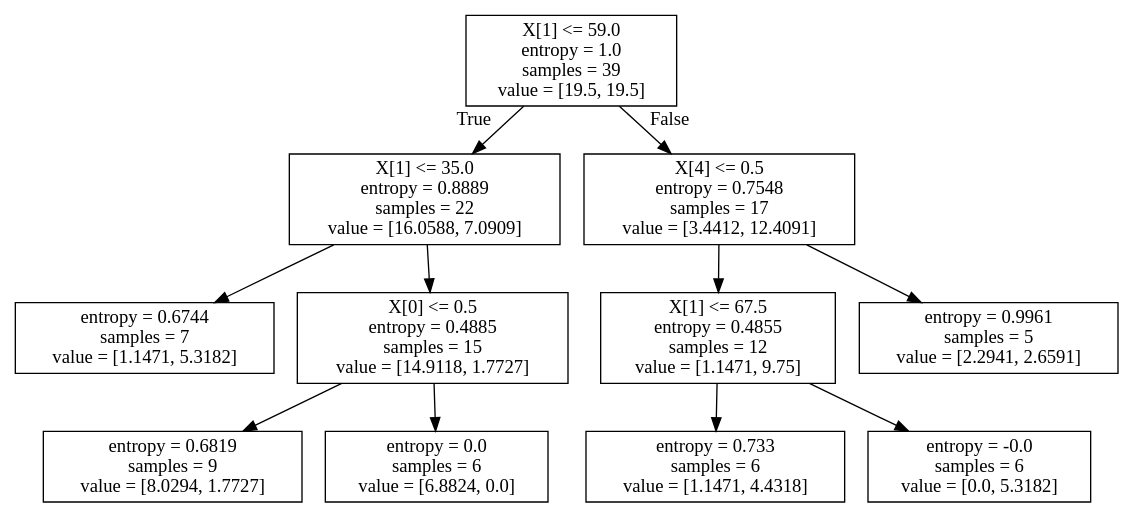
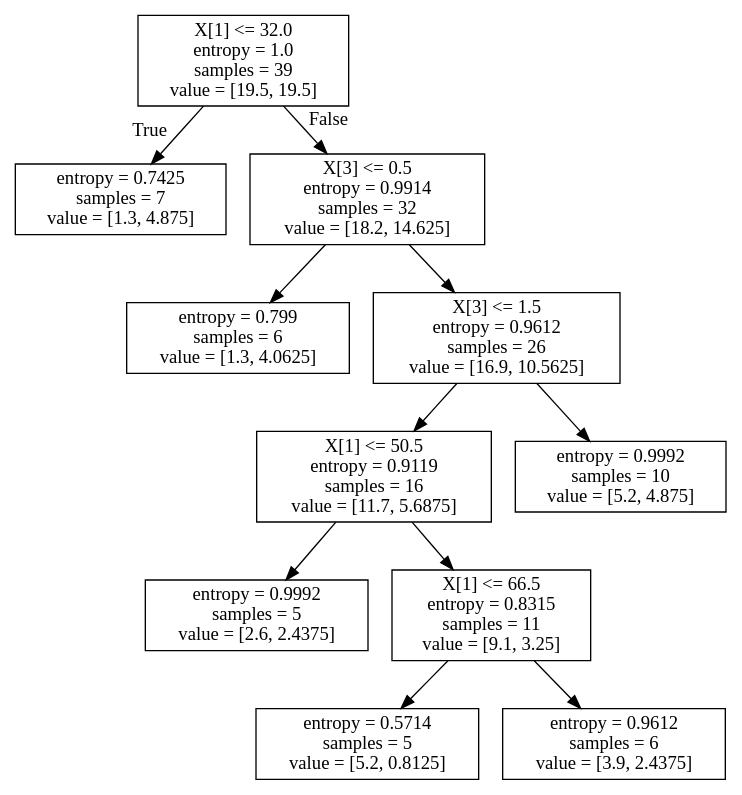
Before and after one commit to DeepinSC/Machine_learning-Countryside: the diagram in iris.dot, drawn with Graphviz. The commit also changed 2 other files, not shown here.

```diff
--- a/iris.dot
+++ b/iris.dot
@@ -1,24 +1,24 @@
 digraph Tree {
 node [shape=box] ;
-0 [label="X[1] <= 59.0\nentropy = 1.0\nsamples = 39\nvalue = [19.5, 19.5]"] ;
-1 [label="X[1] <= 35.0\nentropy = 0.8889\nsamples = 22\nvalue = [16.0588, 7.0909]"] ;
+0 [label="X[1] <= 32.0\nentropy = 1.0\nsamples = 39\nvalue = [19.5, 19.5]"] ;
+1 [label="entropy = 0.7425\nsamples = 7\nvalue = [1.3, 4.875]"] ;
 0 -> 1 [labeldistance=2.5, labelangle=45, headlabel="True"] ;
-2 [label="entropy = 0.6744\nsamples = 7\nvalue = [1.1471, 5.3182]"] ;
-1 -> 2 ;
-3 [label="X[0] <= 0.5\nentropy = 0.4885\nsamples = 15\nvalue = [14.9118, 1.7727]"] ;
-1 -> 3 ;
-4 [label="entropy = 0.6819\nsamples = 9\nvalue = [8.0294, 1.7727]"] ;
-3 -> 4 ;
-5 [label="entropy = 0.0\nsamples = 6\nvalue = [6.8824, 0.0]"] ;
-3 -> 5 ;
-6 [label="X[4] <= 0.5\nentropy = 0.7548\nsamples = 17\nvalue = [3.4412, 12.4091]"] ;
-0 -> 6 [labeldistance=2.5, labelangle=-45, headlabel="False"] ;
-7 [label="X[1] <= 67.5\nentropy = 0.4855\nsamples = 12\nvalue = [1.1471, 9.75]"] ;
-6 -> 7 ;
-8 [label="entropy = 0.733\nsamples = 6\nvalue = [1.1471, 4.4318]"] ;
+2 [label="X[3] <= 0.5\nentropy = 0.9914\nsamples = 32\nvalue = [18.2, 14.625]"] ;
+0 -> 2 [labeldistance=2.5, labelangle=-45, headlabel="False"] ;
+3 [label="entropy = 0.799\nsamples = 6\nvalue = [1.3, 4.0625]"] ;
+2 -> 3 ;
+4 [label="X[3] <= 1.5\nentropy = 0.9612\nsamples = 26\nvalue = [16.9, 10.5625]"] ;
+2 -> 4 ;
+5 [label="X[1] <= 50.5\nentropy = 0.9119\nsamples = 16\nvalue = [11.7, 5.6875]"] ;
+4 -> 5 ;
+6 [label="entropy = 0.9992\nsamples = 5\nvalue = [2.6, 2.4375]"] ;
+5 -> 6 ;
+7 [label="X[1] <= 66.5\nentropy = 0.8315\nsamples = 11\nvalue = [9.1, 3.25]"] ;
+5 -> 7 ;
+8 [label="entropy = 0.5714\nsamples = 5\nvalue = [5.2, 0.8125]"] ;
 7 -> 8 ;
-9 [label="entropy = -0.0\nsamples = 6\nvalue = [0.0, 5.3182]"] ;
+9 [label="entropy = 0.9612\nsamples = 6\nvalue = [3.9, 2.4375]"] ;
 7 -> 9 ;
-10 [label="entropy = 0.9961\nsamples = 5\nvalue = [2.2941, 2.6591]"] ;
-6 -> 10 ;
+10 [label="entropy = 0.9992\nsamples = 10\nvalue = [5.2, 4.875]"] ;
+4 -> 10 ;
 }
```
